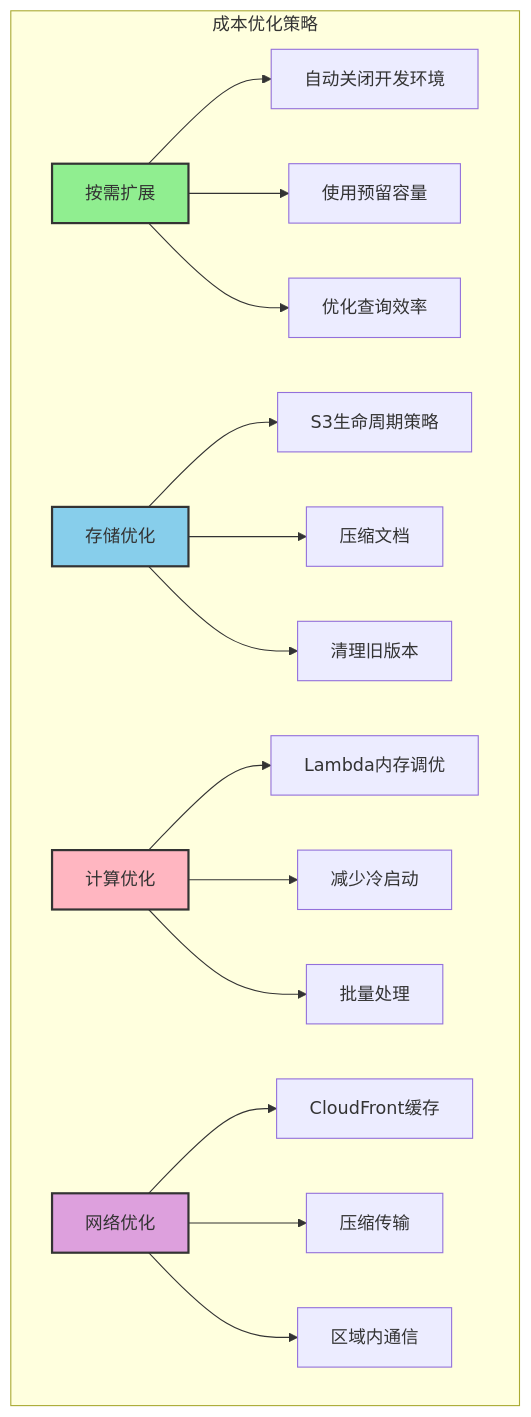
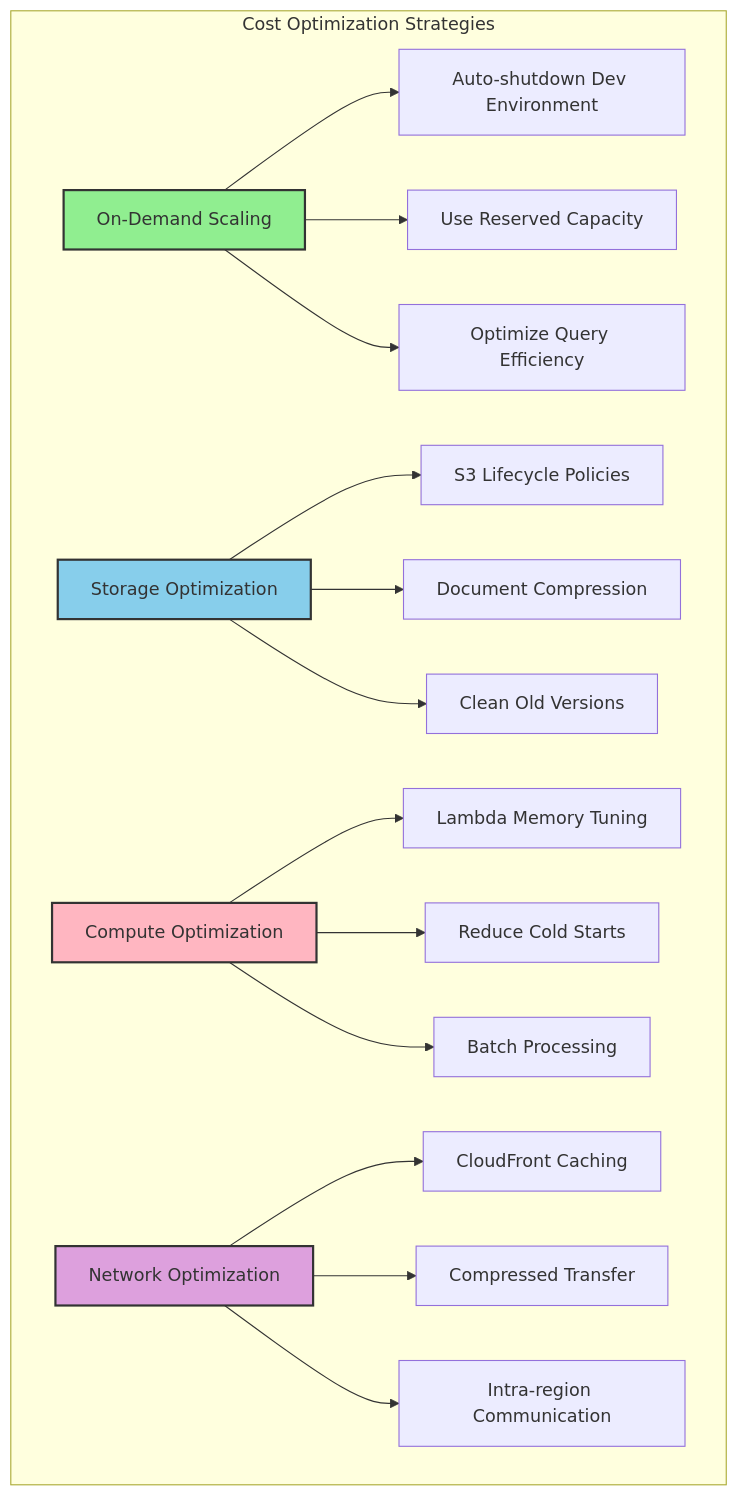
One commit to yincma/AWS-BEDROCK-RAG changed the seventh of 8 diagrams in README.md. Above: the diagram before and after it, drawn with Mermaid. The commit also changed other lines of this file and 10 other files, not shown here.

````diff
--- a/README.md
+++ b/README.md
@@ -569,25 +569,25 @@
 ```mermaid
 graph TD
-    subgraph 成本优化策略
-        A[按需扩展] --> B[自动关闭开发环境]
-        A --> C[使用预留容量]
-        A --> D[优化查询效率]
+    subgraph Cost Optimization Strategies
+        A[On-Demand Scaling] --> B[Auto-shutdown Dev Environment]
+        A --> C[Use Reserved Capacity]
+        A --> D[Optimize Query Efficiency]
         
-        E[存储优化] --> F[S3生命周期策略]
-        E --> G[压缩文档]
-        E --> H[清理旧版本]
+        E[Storage Optimization] --> F[S3 Lifecycle Policies]
+        E --> G[Document Compression]
+        E --> H[Clean Old Versions]
         
-        I[计算优化] --> J[Lambda内存调优]
-        I --> K[减少冷启动]
-        I --> L[批量处理]
+        I[Compute Optimization] --> J[Lambda Memory Tuning]
+        I --> K[Reduce Cold Starts]
+        I --> L[Batch Processing]
         
-        M[网络优化] --> N[CloudFront缓存]
-        M --> O[压缩传输]
-        M --> P[区域内通信]
+        M[Network Optimization] --> N[CloudFront Caching]
+        M --> O[Compressed Transfer]
+        M --> P[Intra-region Communication]
     end
     
     style A fill:#90EE90,stroke:#333,stroke-width:2px
     style E fill:#87CEEB,stroke:#333,stroke-width:2px
     style I fill:#FFB6C1,stroke:#333,stroke-width:2px
     style M fill:#DDA0DD,stroke:#333,stroke-width:2px
 ```
````
